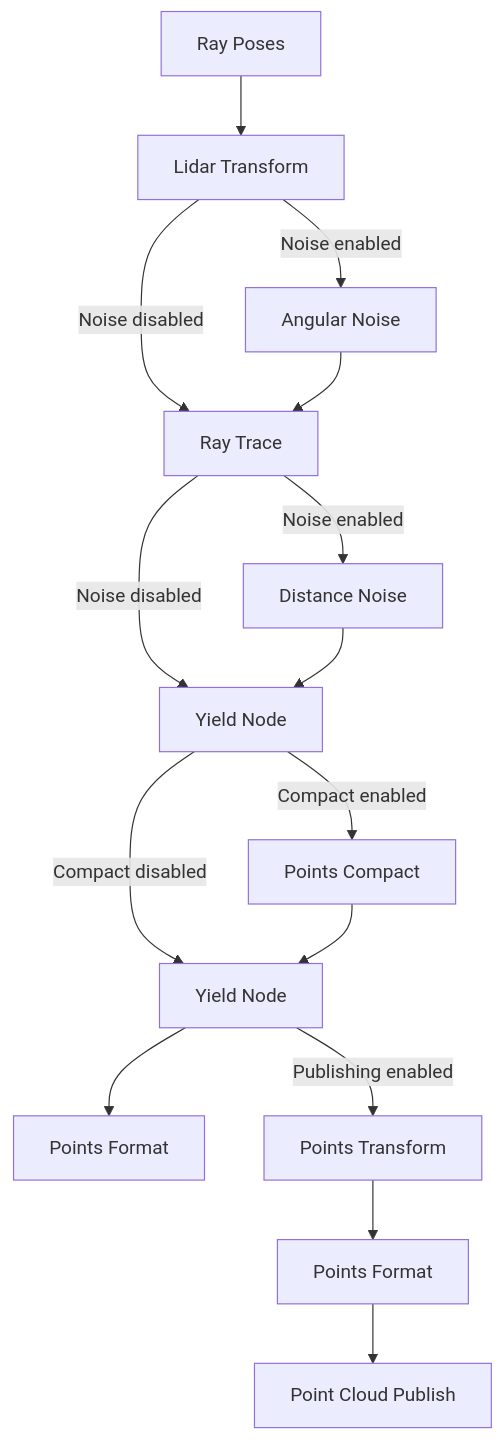
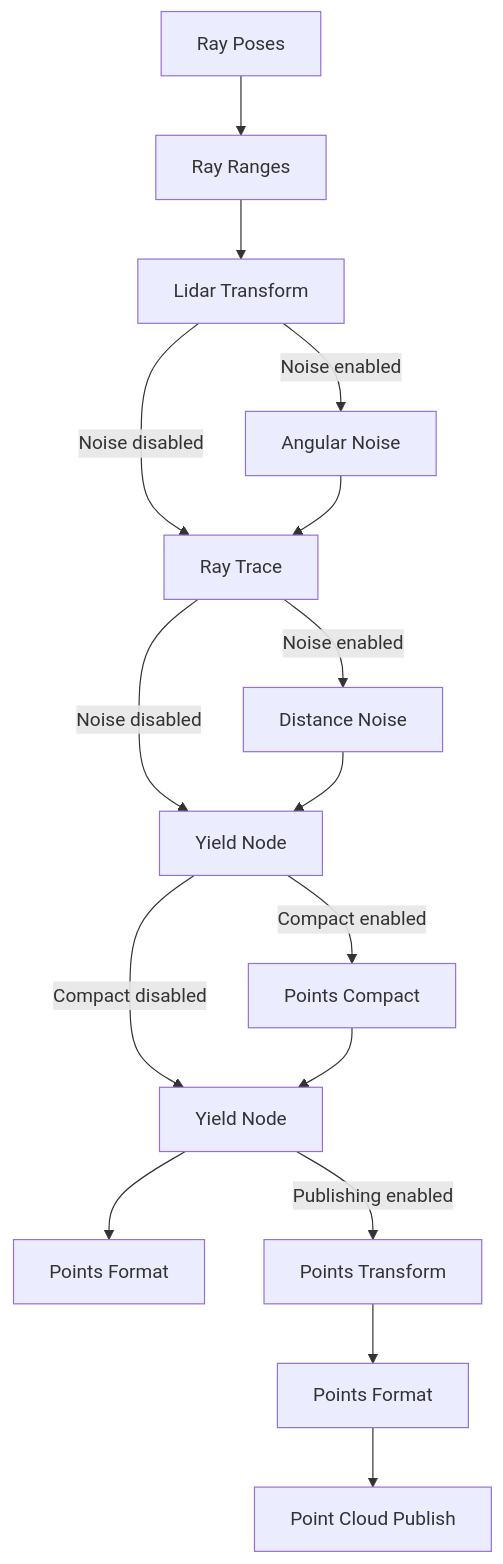
Before and after one commit to RobotecAI/o3de-rgl-gem: the diagram in static/PipelineGraph.mmd, drawn with Mermaid. The commit also changed 4 other files, not shown here.

```diff
--- a/static/PipelineGraph.mmd
+++ b/static/PipelineGraph.mmd
@@ -1,15 +1,16 @@
 flowchart TD
-    RP[Ray Poses] --> LT[Lidar Transform]
+    RP[Ray Poses] --> RR[Ray Ranges]
+    RR --> LT[Lidar Transform]
     LT -->|Noise enabled| AN[Angular Noise]
     LT -->|Noise disabled| RT[Ray Trace]
     AN --> RT
     RT -->|Noise enabled| DN[Distance Noise]
     RT -->|Noise disabled| DNY[Yield Node]
     DN --> DNY
     DNY -->|Compact enabled| PC[Points Compact]
     DNY -->|Compact disabled| PCY[Yield Node]
     PC --> PCY
     PCY --> PF1[Points Format]
     PCY -->|Publishing enabled| PT[Points Transform]
     PT --> PF2[Points Format]
     PF2 --> PCP[Point Cloud Publish]
```
